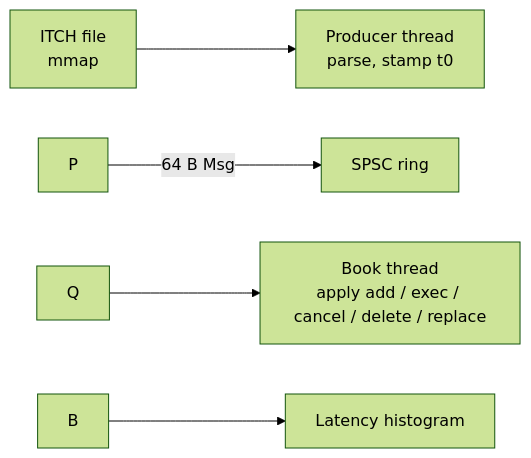
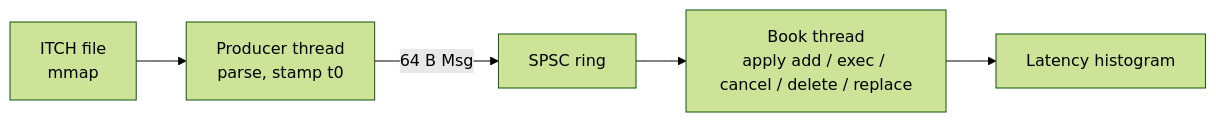
Before and after one commit to hriday-cpp/lowlat-md-pipeline: the diagram in README.md, drawn with Mermaid (forest theme). The commit also changed other lines of this file, not shown here.

````diff
--- a/README.md
+++ b/README.md
@@ -3,7 +6,7 @@
 ```mermaid
 flowchart LR
-  F\\\[ITCH file<br/>mmap] --> P\\\[Producer thread<br/>parse, stamp t0]
-  P -->|64 B Msg| Q\\\[SPSC ring]
-  Q --> B\\\[Book thread<br/>apply add / exec / cancel / delete / replace]
-  B --> R\\\[Latency histogram]
+  F[ITCH file<br/>mmap] --> P[Producer thread<br/>parse, stamp t0]
+  P -->|64 B Msg| Q[SPSC ring]
+  Q --> B[Book thread<br/>apply add / exec / cancel / delete / replace]
+  B --> R[Latency histogram]
 ```
````
